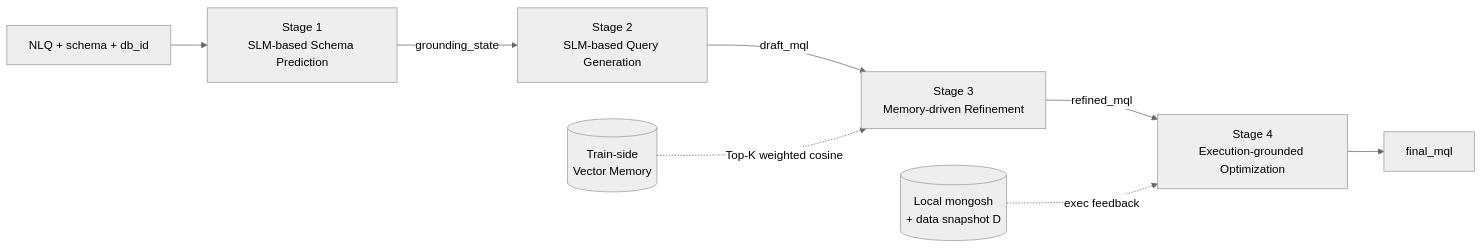
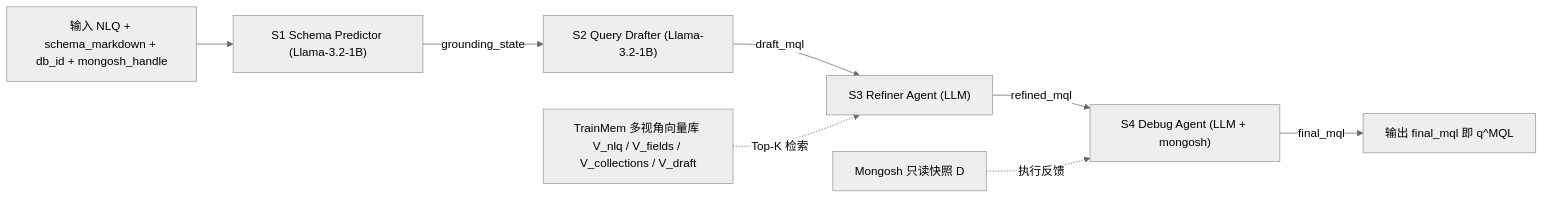
Before and after one commit to Jinwei-Lu/Text-to-NoSQL: the first of 2 diagrams in proposals/06_solution_design.md, drawn with Mermaid (neutral theme). The commit also changed other lines of this file and 5 other files, not shown here.

````diff
--- a/proposals/06_solution_design.md
+++ b/proposals/06_solution_design.md
@@ -45,21 +43,19 @@
 ```mermaid
 flowchart LR
-    Input["NLQ + schema + db_id"]
-    S1["Stage 1<br/>SLM-based Schema Prediction"]
-    S2["Stage 2<br/>SLM-based Query Generation"]
-    S3["Stage 3<br/>Memory-driven Refinement"]
-    S4["Stage 4<br/>Execution-grounded Optimization"]
-    Output["final_mql"]
-
-    TrainMem[("Train-side<br/>Vector Memory")]
-    Mongosh[("Local mongosh<br/>+ data snapshot D")]
+    Input["输入 NLQ + schema_markdown + db_id + mongosh_handle"]
+    S1["S1 Schema Predictor (Llama-3.2-1B)"]
+    S2["S2 Query Drafter (Llama-3.2-1B)"]
+    S3["S3 Refiner Agent (LLM)"]
+    S4["S4 Debug Agent (LLM + mongosh)"]
+    Output["输出 final_mql 即 q^MQL"]
+    TrainMem["TrainMem 多视角向量库 V_nlq / V_fields / V_collections / V_draft"]
+    Mongosh["Mongosh 只读快照 D"]
 
     Input --> S1
-    S1 -- "grounding_state" --> S2
-    S2 -- "draft_mql" --> S3
-    S3 -- "refined_mql" --> S4
-    S4 --> Output
-
-    TrainMem -. "Top-K weighted cosine" .-> S3
-    Mongosh -. "exec feedback" .-> S4
+    S1 -->|"grounding_state"| S2
+    S2 -->|"draft_mql"| S3
+    S3 -->|"refined_mql"| S4
+    S4 -->|"final_mql"| Output
+    TrainMem -.->|"Top-K 检索"| S3
+    Mongosh -.->|"执行反馈"| S4
 ```
````
